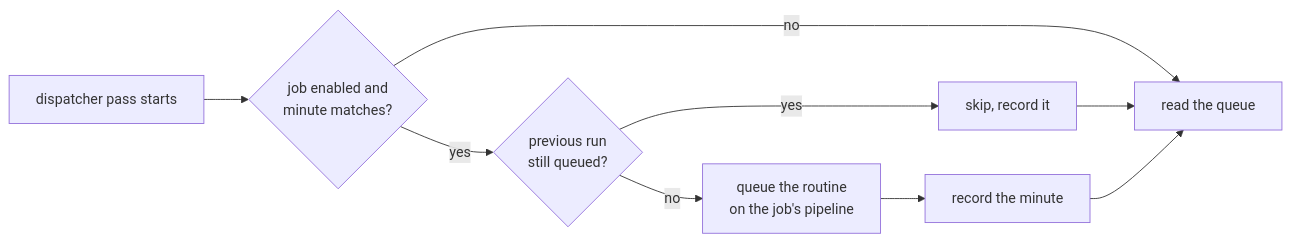
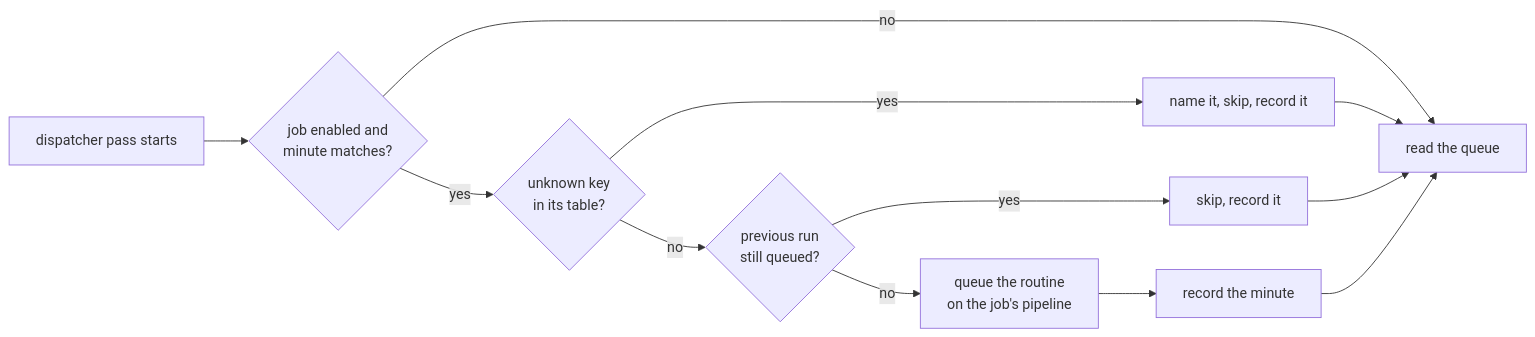
One commit to marvingygas/spoolway changed the diagram in docs/jobs.md. Above: the diagram before and after it, drawn with Mermaid. The commit also changed other lines of this file and 4 other files, not shown here.

Commit message:
fix(jobs): name unknown keys in a job table and do not fire that job

````diff
--- a/docs/jobs.md
+++ b/docs/jobs.md
@@ -26,8 +26,10 @@
 ```mermaid
 flowchart LR
   A[dispatcher pass starts] --> B{job enabled and<br/>minute matches?}
   B -- no --> E[read the queue]
-  B -- yes --> C{previous run<br/>still queued?}
+  B -- yes --> H{unknown key<br/>in its table?}
+  H -- yes --> I[name it, skip, record it] --> E
+  H -- no --> C{previous run<br/>still queued?}
   C -- yes --> D[skip, record it] --> E
   C -- no --> F[queue the routine<br/>on the job's pipeline] --> G[record the minute] --> E
 ```
````
